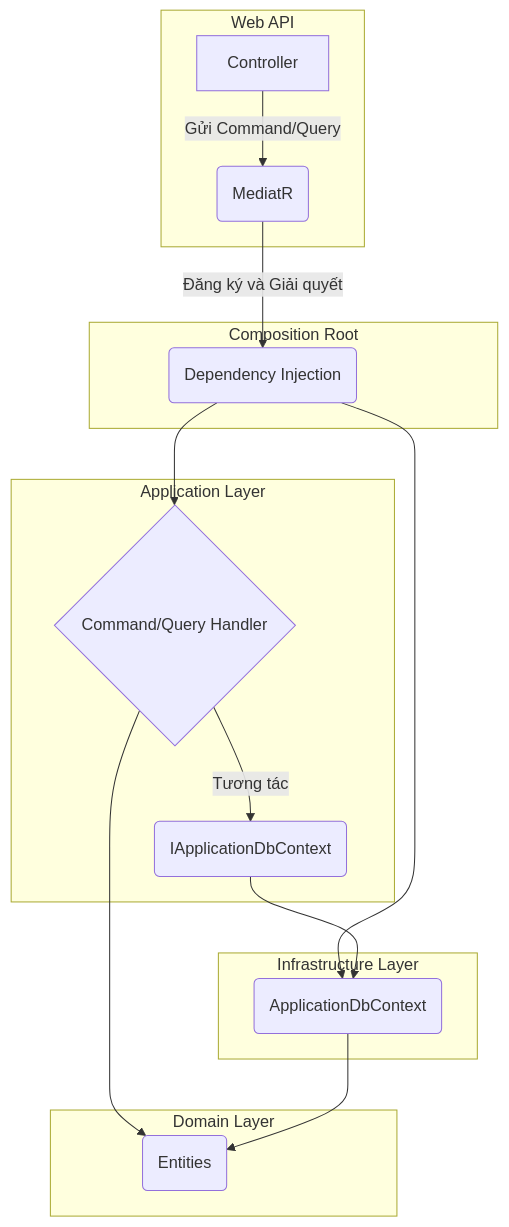
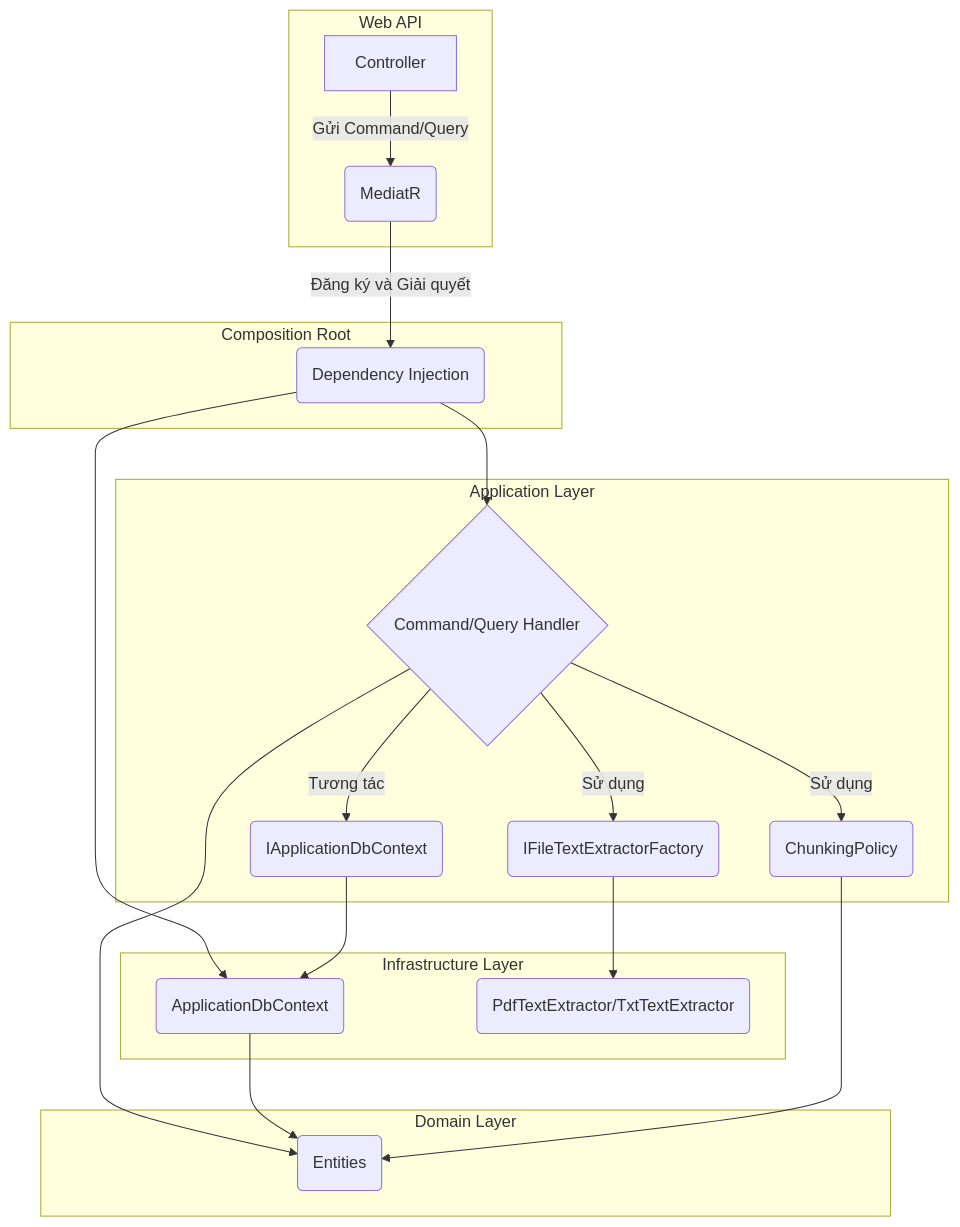
One commit to hkthao/family-tree-3 changed the fourth of 5 diagrams in docs/engineering/architecture.md. Above: the diagram before and after it, drawn with Mermaid. The commit also changed other lines of this file and 3 other files, not shown here.

````diff
--- a/docs/engineering/architecture.md
+++ b/docs/engineering/architecture.md
@@ -74,25 +74,29 @@
 ```mermaid
 graph TD
     subgraph "Web API"
         A[Controller] -->|Gửi Command/Query| B(MediatR)
     end
 
     subgraph "Composition Root"
         B -->|Đăng ký và Giải quyết| CR(Dependency Injection)
     end
 
     subgraph "Application Layer"
         CR --> C{Command/Query Handler}
         C -->|Tương tác| D(IApplicationDbContext)
+        C -->|Sử dụng| E(IFileTextExtractorFactory)
+        C -->|Sử dụng| F(ChunkingPolicy)
     end
 
     subgraph "Infrastructure Layer"
         CR --> G(ApplicationDbContext)
         D --> G
+        E --> H(PdfTextExtractor/TxtTextExtractor)
     end
 
     subgraph "Domain Layer"
-        C --> F(Entities)
-        G --> F
+        C --> I(Entities)
+        G --> I
+        F --> I
     end
 ```
````
